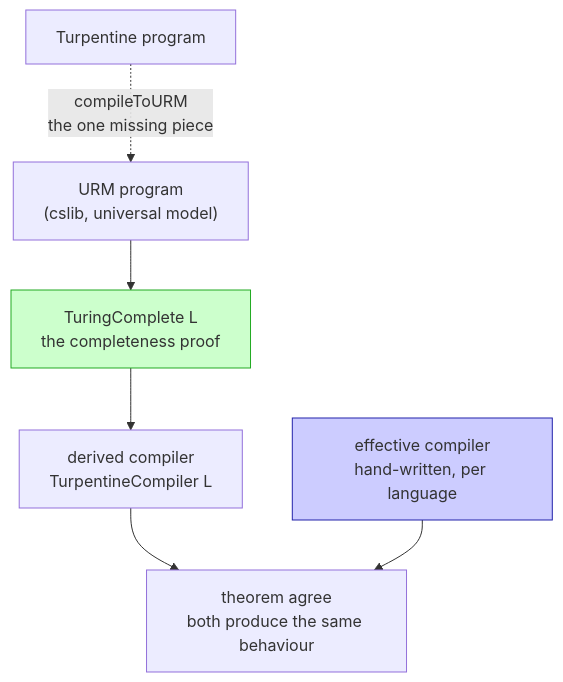
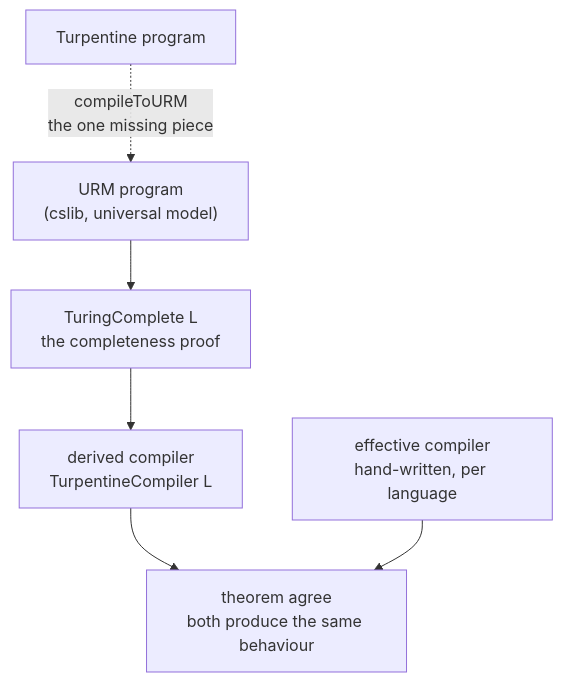
One commit to ilyasergey/langlib changed the first of 2 diagrams in docs/certified-compilation.md. Above: the diagram before and after it, drawn with Mermaid. The commit also changed other lines of this file, not shown here.

Commit message:
Drop the custom node colours from the diagrams
The green and purple fills were hard to read and carried no information the
labels did not already give. Both diagrams now use the default palette, so
they render legibly in whatever theme the reader has. Solid versus dashed
arrows still distinguish what is built from what is planned, which was the
only distinction worth drawing. Re-rendered with mermaid-cli to confirm
they still parse and keep their vertical shape.

````diff
--- a/docs/certified-compilation.md
+++ b/docs/certified-compilation.md
@@ -299,18 +299,15 @@
 ```mermaid
 graph TD
   TURP["Turpentine program"]
   URM["URM program<br/>(cslib, universal model)"]
   TC["TuringComplete L<br/>the completeness proof"]
   DER["derived compiler<br/>TurpentineCompiler L"]
   EFF["effective compiler<br/>hand-written, per language"]
   AGREE["theorem agree<br/>both produce the same behaviour"]
 
   TURP -. "compileToURM<br/>the one missing piece" .-> URM
   URM --> TC
   TC --> DER
   DER --> AGREE
   EFF --> AGREE
-
-  style TC fill:#cfc,stroke:#2a2
-  style EFF fill:#ccf,stroke:#22a
 ```
````
